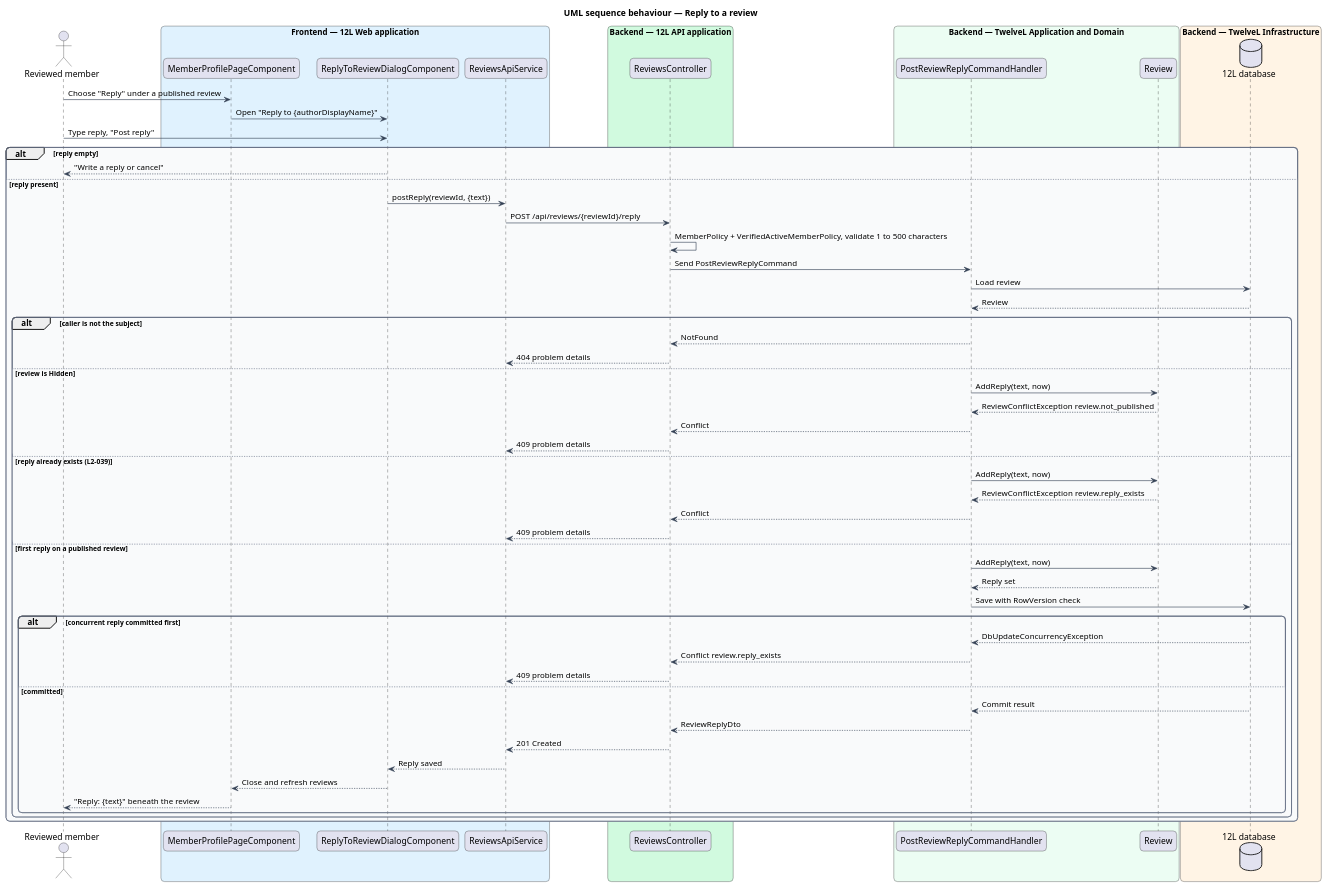
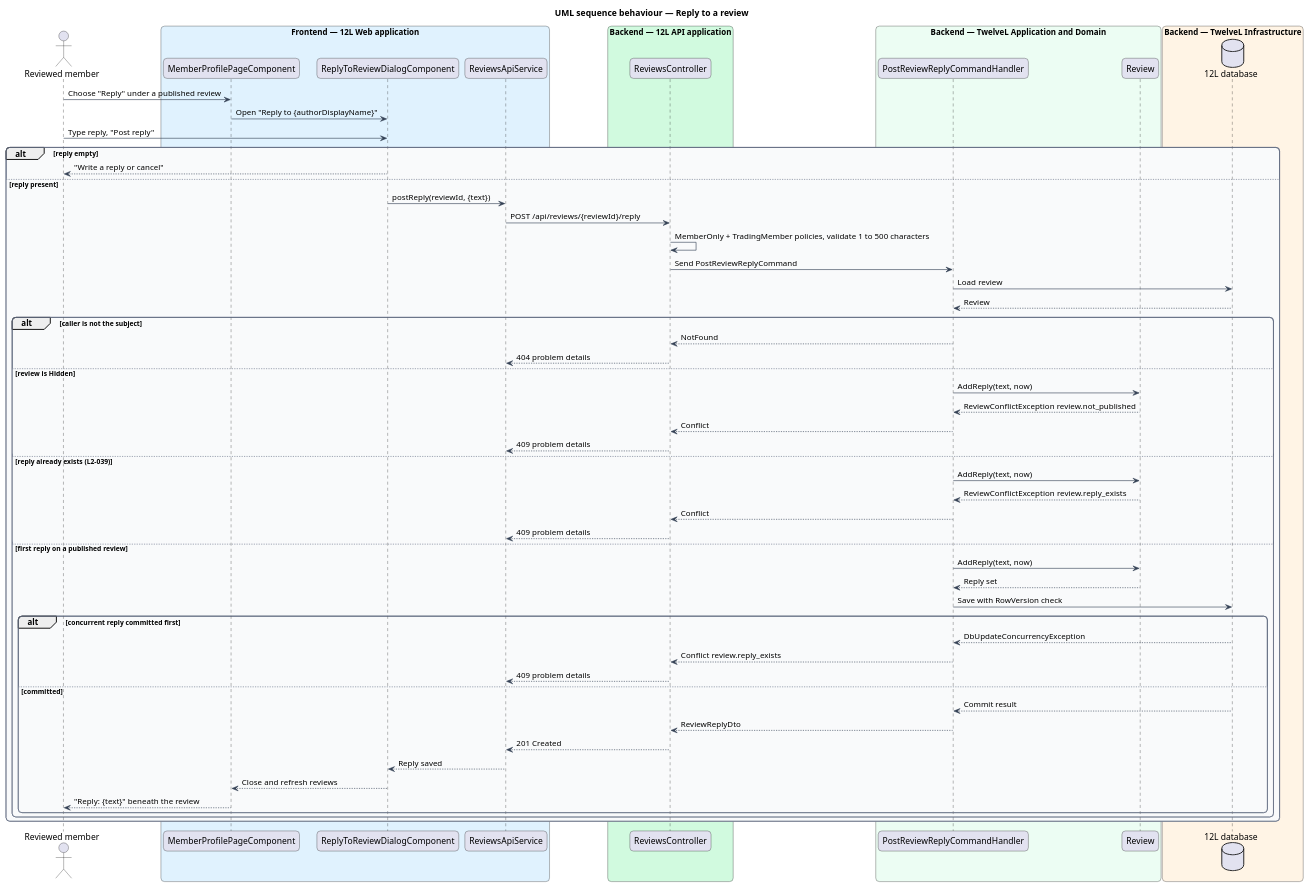
Before and after one commit to QuinntyneBrown/12l: the diagram in docs/detailed-designs/reviews/leave-review/diagrams/sequence-reply-to-review.puml, drawn with PlantUML. The commit also changed 145 other files, not shown here.

```diff
--- a/docs/detailed-designs/reviews/leave-review/diagrams/sequence-reply-to-review.puml
+++ b/docs/detailed-designs/reviews/leave-review/diagrams/sequence-reply-to-review.puml
@@ -1,76 +1,76 @@
 @startuml
 title UML sequence behaviour — Reply to a review
 skinparam backgroundColor #FFFFFF
 skinparam shadowing false
 skinparam roundcorner 12
 skinparam defaultFontName Arial
 skinparam ArrowColor #344054
 skinparam rectangle {
   BorderColor #344054
   FontColor #101828
 }
 skinparam package {
   BorderColor #667085
   FontColor #101828
   BackgroundColor #F9FAFB
 }
 actor "Reviewed member" as actor
 box "Frontend — 12L Web application" #E0F2FE
   participant "MemberProfilePageComponent" as page
   participant "ReplyToReviewDialogComponent" as dialog
   participant "ReviewsApiService" as client
 end box
 box "Backend — 12L API application" #D1FADF
   participant "ReviewsController" as controller
 end box
 box "Backend — TwelveL Application and Domain" #ECFDF3
   participant "PostReviewReplyCommandHandler" as handler
   participant "Review" as review
 end box
 box "Backend — TwelveL Infrastructure" #FFF4E5
   database "12L database" as db
 end box
 actor -> page : Choose "Reply" under a published review
 page -> dialog : Open "Reply to {authorDisplayName}"
 actor -> dialog : Type reply, "Post reply"
 alt reply empty
   dialog --> actor : "Write a reply or cancel"
 else reply present
   dialog -> client : postReply(reviewId, {text})
   client -> controller : POST /api/reviews/{reviewId}/reply
-  controller -> controller : MemberPolicy + VerifiedActiveMemberPolicy, validate 1 to 500 characters
+  controller -> controller : MemberOnly + TradingMember policies, validate 1 to 500 characters
   controller -> handler : Send PostReviewReplyCommand
   handler -> db : Load review
   db --> handler : Review
   alt caller is not the subject
     handler --> controller : NotFound
     controller --> client : 404 problem details
   else review is Hidden
     handler -> review : AddReply(text, now)
     review --> handler : ReviewConflictException review.not_published
     handler --> controller : Conflict
     controller --> client : 409 problem details
   else reply already exists (L2-039)
     handler -> review : AddReply(text, now)
     review --> handler : ReviewConflictException review.reply_exists
     handler --> controller : Conflict
     controller --> client : 409 problem details
   else first reply on a published review
     handler -> review : AddReply(text, now)
     review --> handler : Reply set
     handler -> db : Save with RowVersion check
     alt concurrent reply committed first
       db --> handler : DbUpdateConcurrencyException
       handler --> controller : Conflict review.reply_exists
       controller --> client : 409 problem details
     else committed
       db --> handler : Commit result
       handler --> controller : ReviewReplyDto
       controller --> client : 201 Created
       client --> dialog : Reply saved
       dialog --> page : Close and refresh reviews
       page --> actor : "Reply: {text}" beneath the review
     end
   end
 end
 @enduml
```
